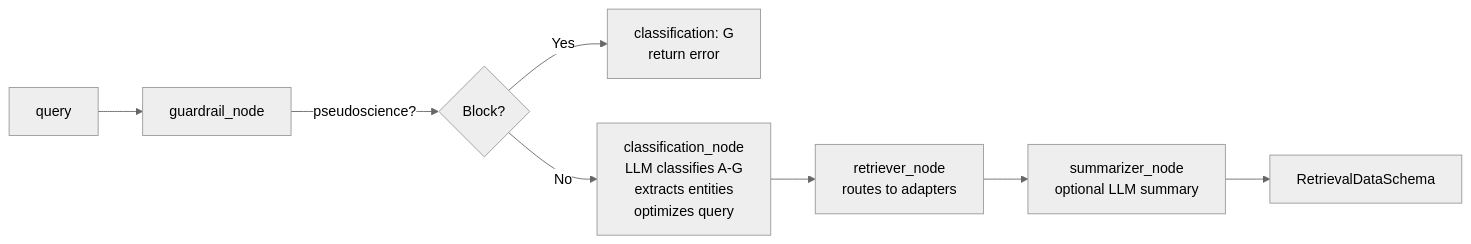
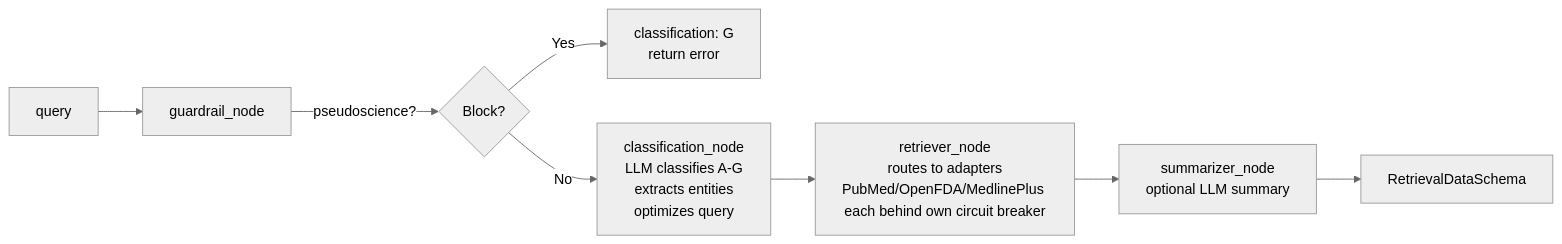
Before and after one commit to Belal0066/CFI-Care: the second of 3 diagrams in ai/src/ai/API.md, drawn with Mermaid (neutral theme). The commit also changed other lines of this file and 5 other files, not shown here.

````diff
--- a/ai/src/ai/API.md
+++ b/ai/src/ai/API.md
@@ -420,10 +430,10 @@
 ```mermaid
 flowchart LR
     A[query] --> B[guardrail_node]
     B -->|"pseudoscience?"| C{Block?}
     C -->|Yes| G["classification: G<br/>return error"]
     C -->|No| D[classification_node<br/>LLM classifies A-G<br/>extracts entities<br/>optimizes query]
-    D --> E[retriever_node<br/>routes to adapters]
+    D --> E[retriever_node<br/>routes to adapters<br/>PubMed/OpenFDA/MedlinePlus each behind own circuit breaker]
     E --> F[summarizer_node<br/>optional LLM summary]
     F --> H["RetrievalDataSchema"]
 ```
````
